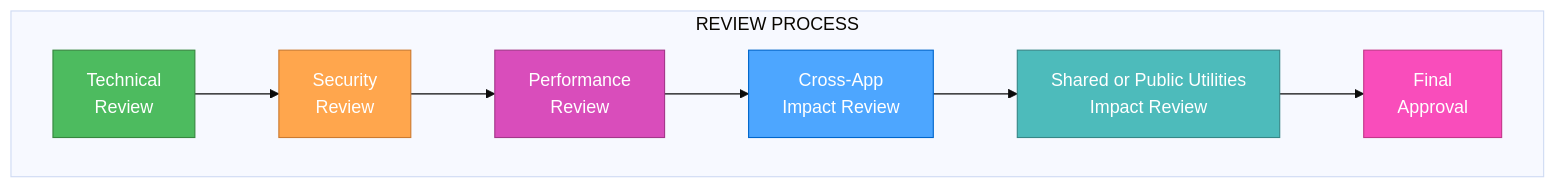
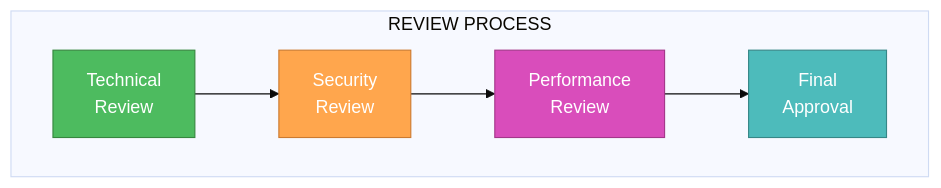
Before and after one commit to taddyorg/inkverse: the fifth of 6 diagrams in .cursor/rules/isolation_rules/Phases/CreativePhase/creative-phase-architecture.mdc, drawn with Mermaid (base theme). The commit also changed other lines of this file and 19 other files, not shown here.

````diff
--- a/.cursor/rules/isolation_rules/Phases/CreativePhase/creative-phase-architecture.mdc
+++ b/.cursor/rules/isolation_rules/Phases/CreativePhase/creative-phase-architecture.mdc
@@ -224,20 +160,16 @@
 ```mermaid
 graph TD
     subgraph "REVIEW PROCESS"
     R1["Technical<br>Review"]
     R2["Security<br>Review"]
     R3["Performance<br>Review"]
-    R4["Cross-App<br>Impact Review"]
-    R5["Shared or Public Utilities<br>Impact Review"]
-    R6["Final<br>Approval"]
+    R4["Final<br>Approval"]
     end
     
-    R1 --> R2 --> R3 --> R4 --> R5 --> R6
+    R1 --> R2 --> R3 --> R4
     
     style R1 fill:#4dbb5f,stroke:#36873f,color:white
     style R2 fill:#ffa64d,stroke:#cc7a30,color:white
     style R3 fill:#d94dbb,stroke:#a3378a,color:white
-    style R4 fill:#4da6ff,stroke:#0066cc,color:white
-    style R5 fill:#4dbbbb,stroke:#368787,color:white
-    style R6 fill:#f94dbb,stroke:#c3378a,color:white
+    style R4 fill:#4dbbbb,stroke:#368787,color:white
 ```
````
